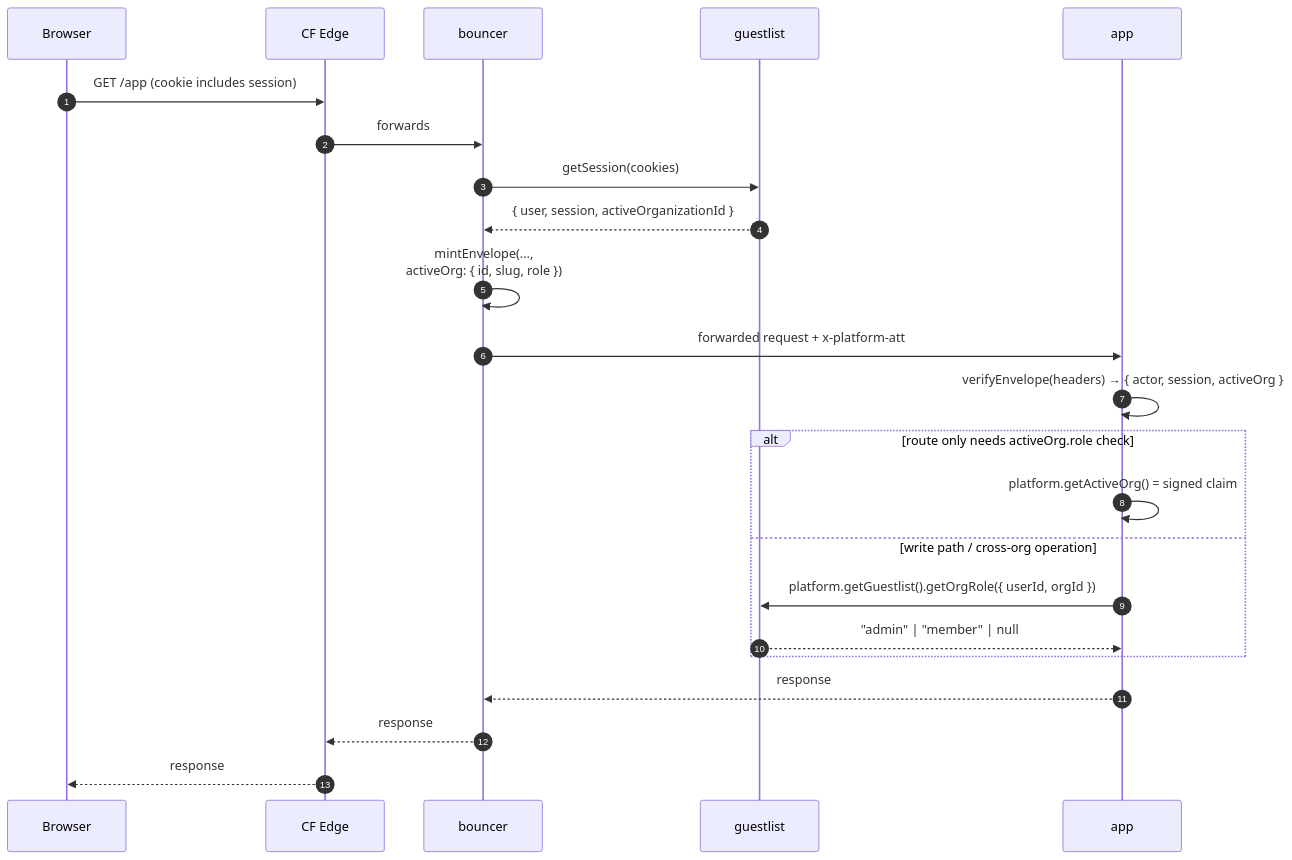
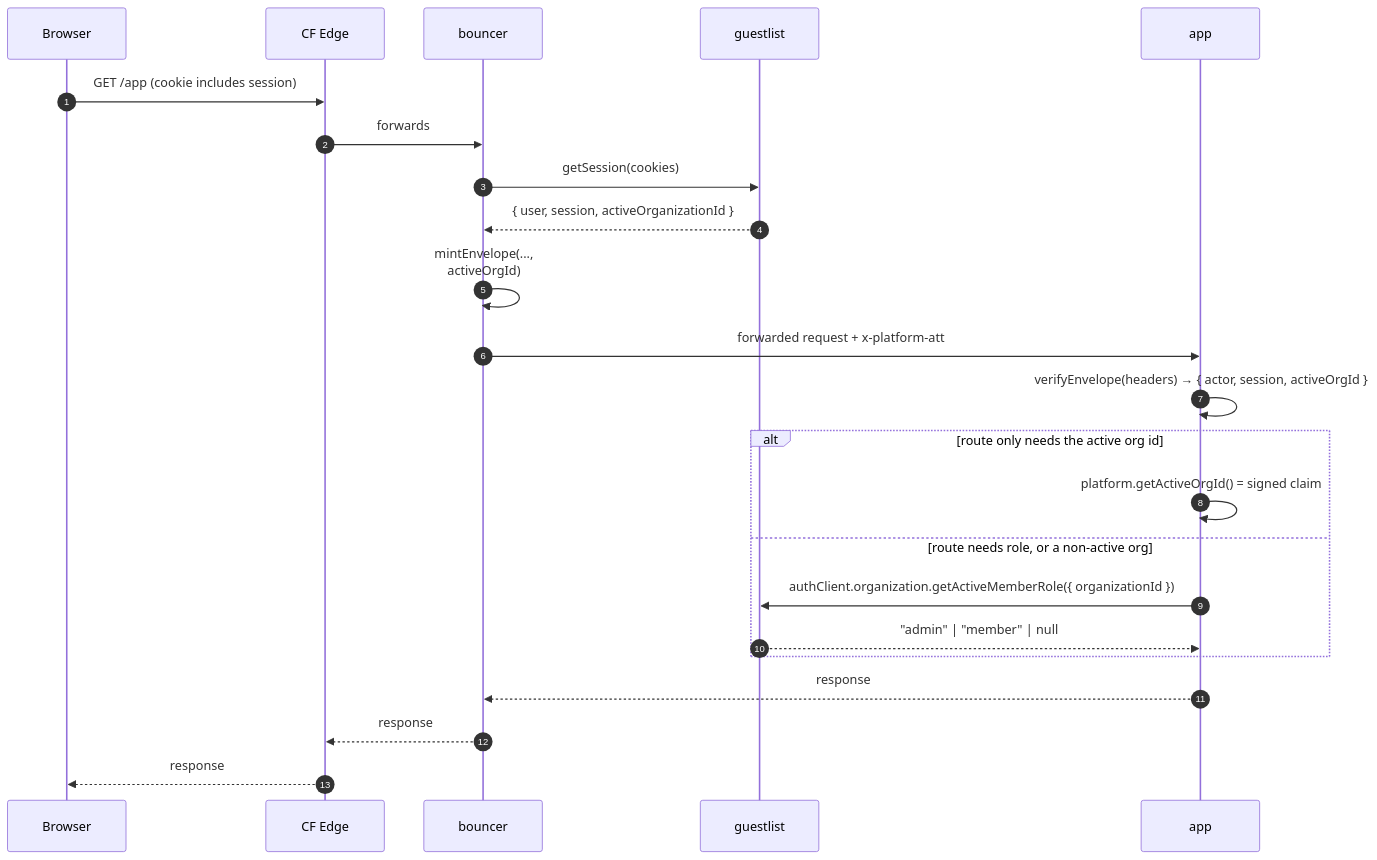
The third of 6 diagrams in docs/MULTI-TENANCY.md (apostolos-geyer/somewhatintelligent), drawn with Mermaid before and after one commit. The commit also changed other lines of this file and 68 other files, not shown here.

````diff
--- a/docs/MULTI-TENANCY.md
+++ b/docs/MULTI-TENANCY.md
@@ -860,26 +825,26 @@
 ```mermaid
 sequenceDiagram
   autonumber
   participant U as Browser
   participant CF as CF Edge
   participant GW as bouncer
   participant B as guestlist
   participant A as app
 
   U->>CF: GET /app (cookie includes session)
   CF->>GW: forwards
   GW->>B: getSession(cookies)
   B-->>GW: { user, session, activeOrganizationId }
-  GW->>GW: mintEnvelope(...,<br/>activeOrg: { id, slug, role })
+  GW->>GW: mintEnvelope(...,<br/>activeOrgId)
   GW->>A: forwarded request + x-platform-att
-  A->>A: verifyEnvelope(headers) → { actor, session, activeOrg }
-  alt route only needs activeOrg.role check
-    A->>A: platform.getActiveOrg() = signed claim
-  else write path / cross-org operation
-    A->>B: platform.getGuestlist().getOrgRole({ userId, orgId })
+  A->>A: verifyEnvelope(headers) → { actor, session, activeOrgId }
+  alt route only needs the active org id
+    A->>A: platform.getActiveOrgId() = signed claim
+  else route needs role, or a non-active org
+    A->>B: authClient.organization.getActiveMemberRole({ organizationId })
     B-->>A: "admin" | "member" | null
   end
   A-->>GW: response
   GW-->>CF: response
   CF-->>U: response
 ```
````
